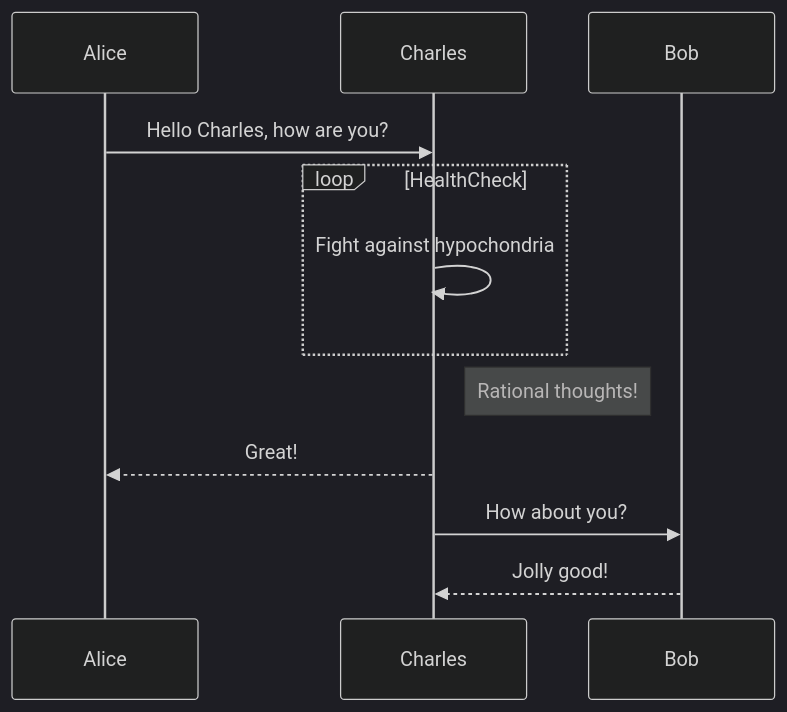
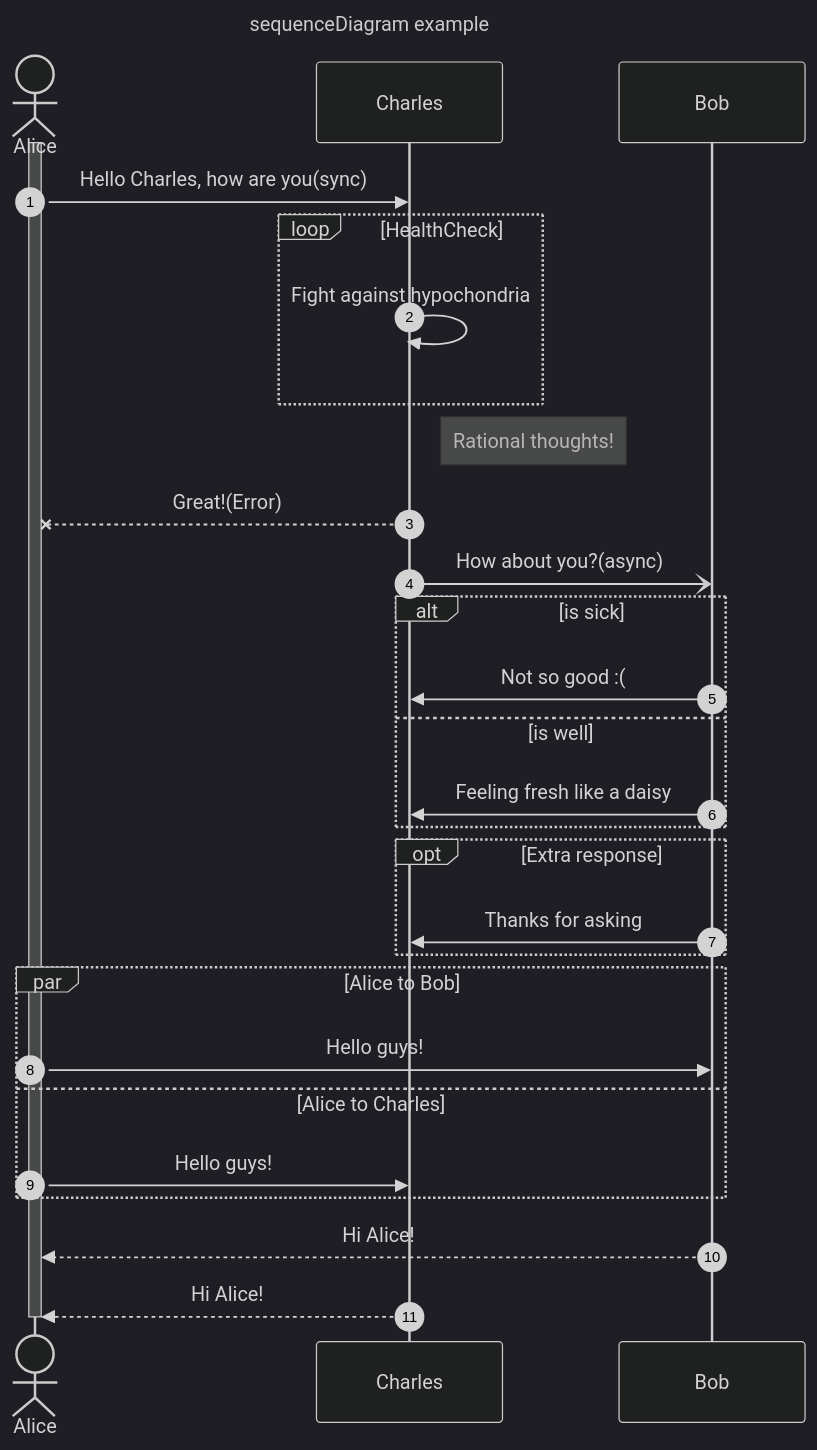
Before and after one commit to takaoyuya/dov: the first of 6 diagrams in sample.md, drawn with Mermaid (dark theme). The commit also changed other lines of this file and 16 other files, not shown here.

````diff
--- a/sample.md
+++ b/sample.md
@@ -102,11 +105,35 @@
 ```mermaid {code_block=true}
+---
+title: sequenceDiagram example
+---
 sequenceDiagram
-Alice->>Charles: Hello Charles, how are you?
+autonumber
+actor Alice
+activate Alice
+Alice->>Charles: Hello Charles, how are you(sync)
 loop HealthCheck
     Charles->>Charles: Fight against hypochondria
 end
 Note right of Charles: Rational thoughts!
-Charles-->>Alice: Great!
-Charles->>Bob: How about you?
-Bob-->>Charles: Jolly good!
+Charles--xAlice: Great!(Error)
+Charles-)Bob: How about you?(async)
+alt is sick
+    Bob->>Charles: Not so good :(
+else is well
+    Bob->>Charles: Feeling fresh like a daisy
+end
+opt Extra response
+    Bob->>Charles: Thanks for asking
+end
+
+%% this is a comment
+par Alice to Bob
+    Alice->>Bob: Hello guys!
+and Alice to Charles
+    Alice->>Charles: Hello guys!
+end
+Bob-->>Alice: Hi Alice!
+Charles-->>Alice: Hi Alice!
+deactivate Alice
+
 ```
````
